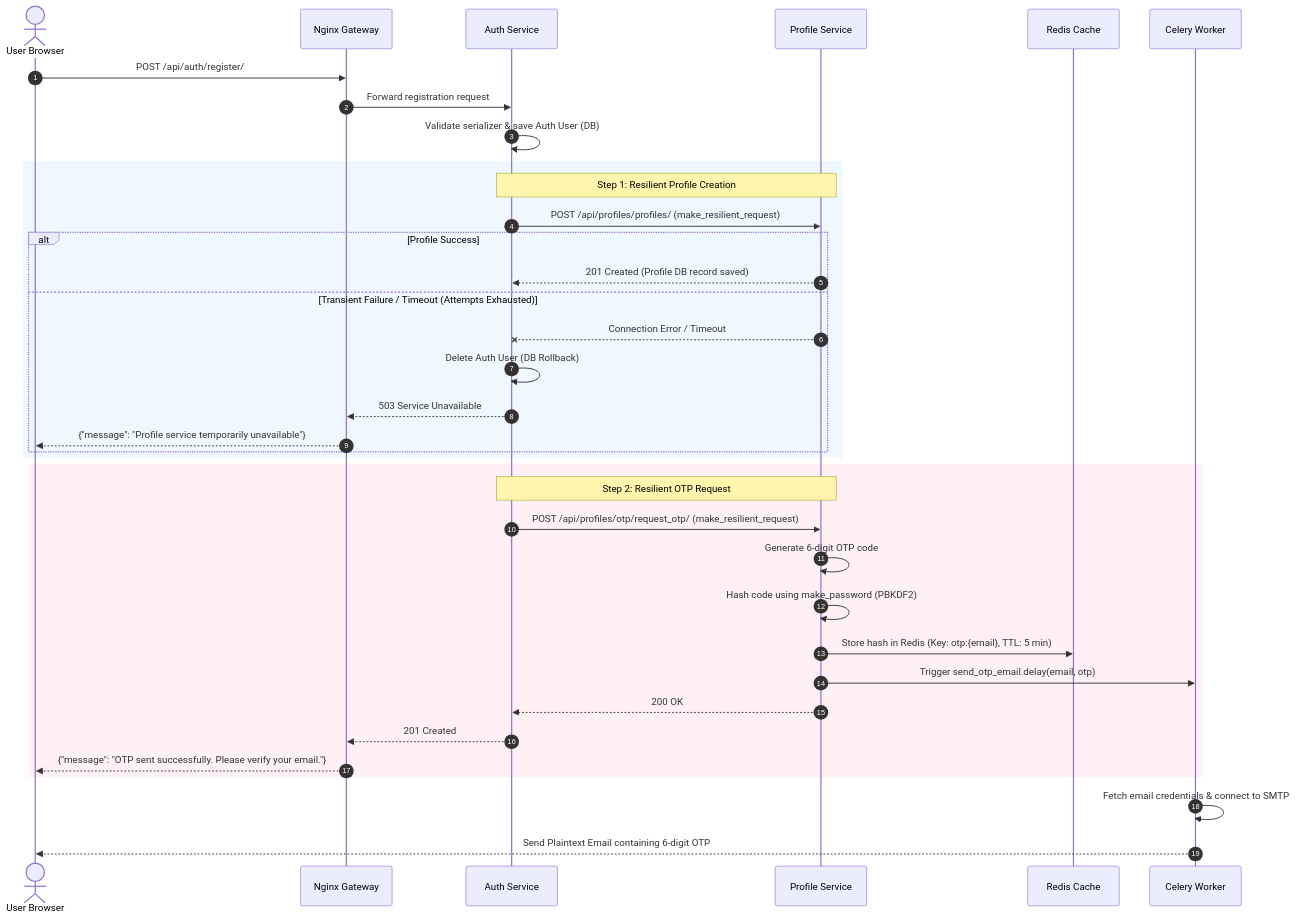
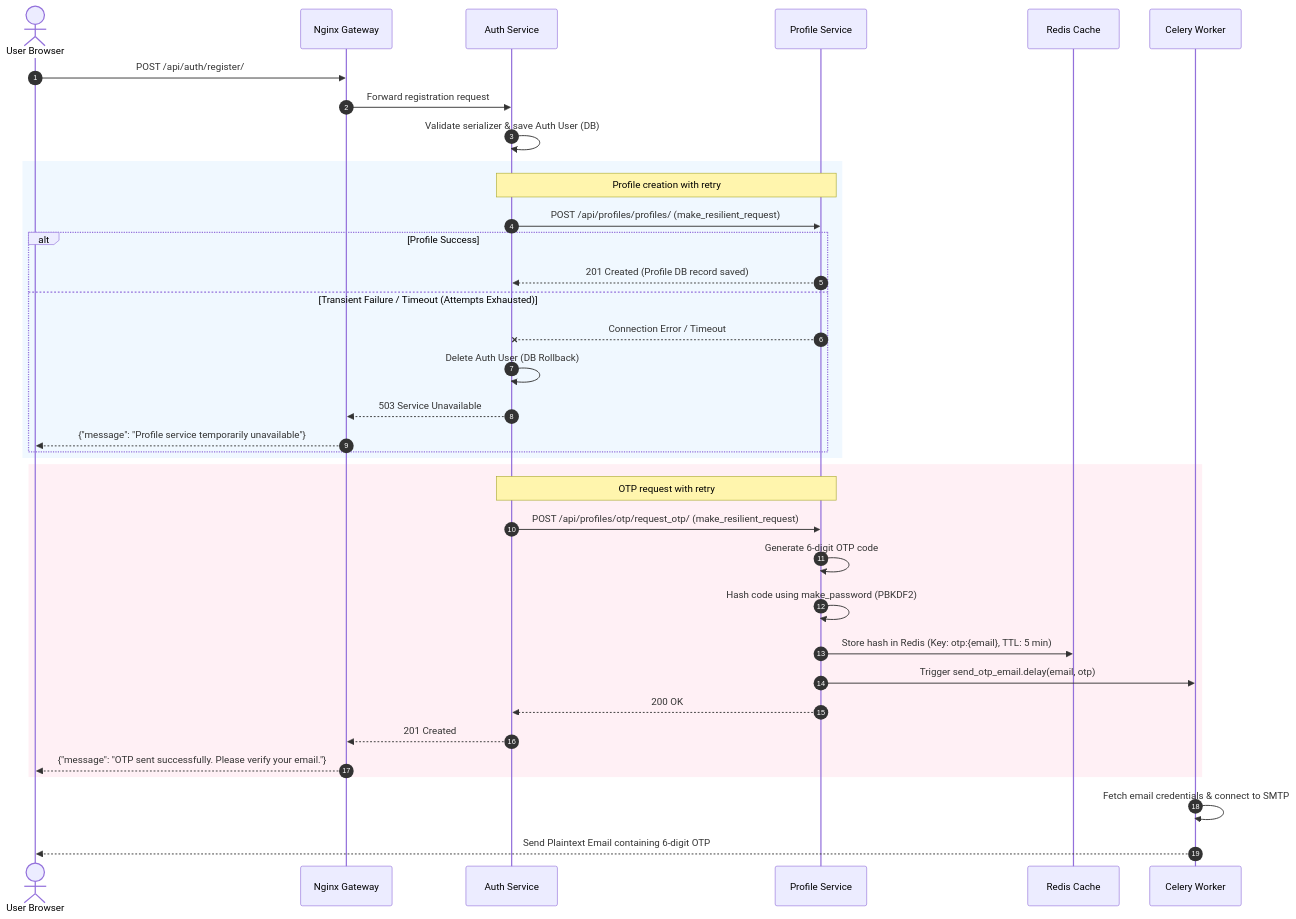
One commit to vidhan13i/homehaven-rental-platform changed the second of 5 diagrams in README.md. Above: the diagram before and after it, drawn with Mermaid. The commit also changed other lines of this file, not shown here.

````diff
--- a/README.md
+++ b/README.md
@@ -100,43 +114,43 @@
 ```mermaid
 %%{init: {'theme': 'default', 'themeVariables': { 'primaryColor': '#009688', 'edgeLabelBackground':'#ffffff', 'tertiaryColor': '#f3f4f6'}}}%%
 sequenceDiagram
     autonumber
     actor User as User Browser
     participant Gate as Nginx Gateway
     participant Auth as Auth Service
     participant Prof as Profile Service
     participant Red as Redis Cache
     participant Cel as Celery Worker
 
     User->>Gate: POST /api/auth/register/
     Gate->>Auth: Forward registration request
     Auth->>Auth: Validate serializer & save Auth User (DB)
     
     rect rgb(240, 248, 255)
-        Note over Auth, Prof: Step 1: Resilient Profile Creation
+        Note over Auth, Prof: Profile creation with retry
         Auth->>Prof: POST /api/profiles/profiles/ (make_resilient_request)
         alt Profile Success
             Prof-->>Auth: 201 Created (Profile DB record saved)
         else Transient Failure / Timeout (Attempts Exhausted)
             Prof--xAuth: Connection Error / Timeout
             Auth->>Auth: Delete Auth User (DB Rollback)
             Auth-->>Gate: 503 Service Unavailable
             Gate-->>User: {"message": "Profile service temporarily unavailable"}
         end
     end
 
     rect rgb(255, 240, 245)
-        Note over Auth, Prof: Step 2: Resilient OTP Request
+        Note over Auth, Prof: OTP request with retry
         Auth->>Prof: POST /api/profiles/otp/request_otp/ (make_resilient_request)
         Prof->>Prof: Generate 6-digit OTP code
         Prof->>Prof: Hash code using make_password (PBKDF2)
         Prof->>Red: Store hash in Redis (Key: otp:{email}, TTL: 5 min)
         Prof->>Cel: Trigger send_otp_email.delay(email, otp)
         Prof-->>Auth: 200 OK
         Auth-->>Gate: 201 Created
         Gate-->>User: {"message": "OTP sent successfully. Please verify your email."}
     end
 
     Cel->>Cel: Fetch email credentials & connect to SMTP
     Cel-->>User: Send Plaintext Email containing 6-digit OTP
 ```
````
